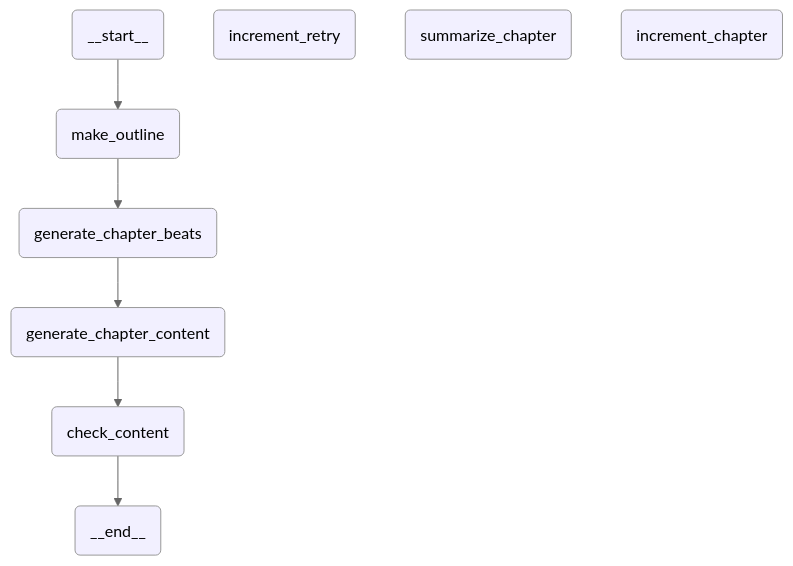
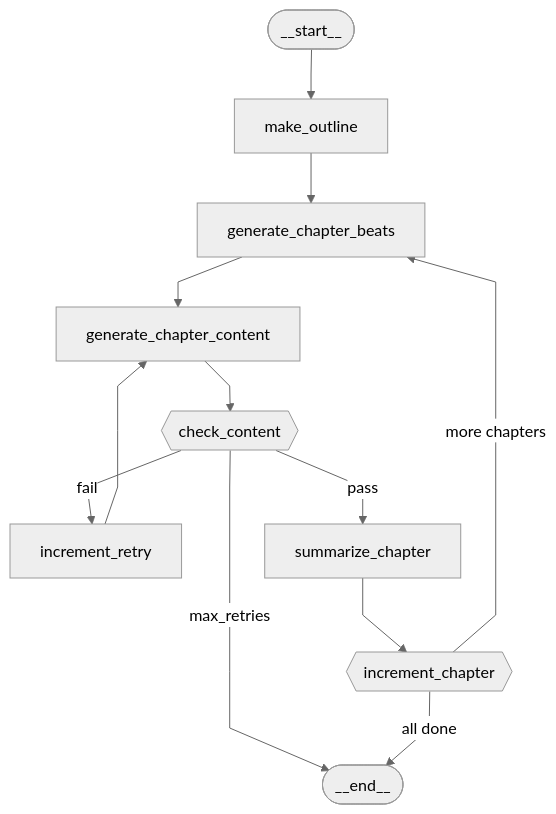
One commit to bmwise14/story_agent changed the diagram in data/graph.mmd. Above: the diagram before and after it, drawn with Mermaid (neutral theme). The commit also changed 3 other files, not shown here.

Commit message:
feat: add render_graph.py script with correct conditional edges; regenerate graph artifacts

```diff
--- a/data/graph.mmd
+++ b/data/graph.mmd
@@ -1,23 +1,30 @@
 ---
 config:
   flowchart:
     curve: linear
 ---
 graph TD;
-	__start__(<p>__start__</p>)
-	make_outline(make_outline)
-	generate_chapter_beats(generate_chapter_beats)
-	generate_chapter_content(generate_chapter_content)
-	check_content(check_content)
-	increment_retry(increment_retry)
-	summarize_chapter(summarize_chapter)
-	increment_chapter(increment_chapter)
-	__end__(<p>__end__</p>)
-	__start__ --> make_outline;
-	generate_chapter_beats --> generate_chapter_content;
-	generate_chapter_content --> check_content;
-	make_outline --> generate_chapter_beats;
-	check_content --> __end__;
-	classDef default fill:#f2f0ff,line-height:1.2
-	classDef first fill-opacity:0
-	classDef last fill:#bfb6fc
+    __start__([__start__])
+    make_outline[make_outline]
+    generate_chapter_beats[generate_chapter_beats]
+    generate_chapter_content[generate_chapter_content]
+    check_content{{check_content}}
+    increment_retry[increment_retry]
+    summarize_chapter[summarize_chapter]
+    increment_chapter{{increment_chapter}}
+    __end__([__end__])
+
+    __start__ --> make_outline
+    make_outline --> generate_chapter_beats
+    generate_chapter_beats --> generate_chapter_content
+    generate_chapter_content --> check_content
+
+    check_content -->|"pass"| summarize_chapter
+    check_content -->|"fail"| increment_retry
+    check_content -->|"max_retries"| __end__
+
+    increment_retry --> generate_chapter_content
+    summarize_chapter --> increment_chapter
+
+    increment_chapter -->|"more chapters"| generate_chapter_beats
+    increment_chapter -->|"all done"| __end__
```
